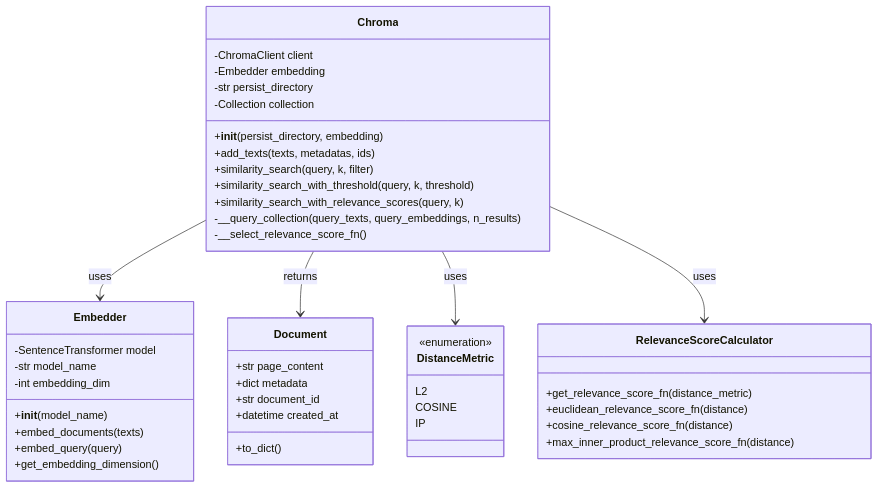
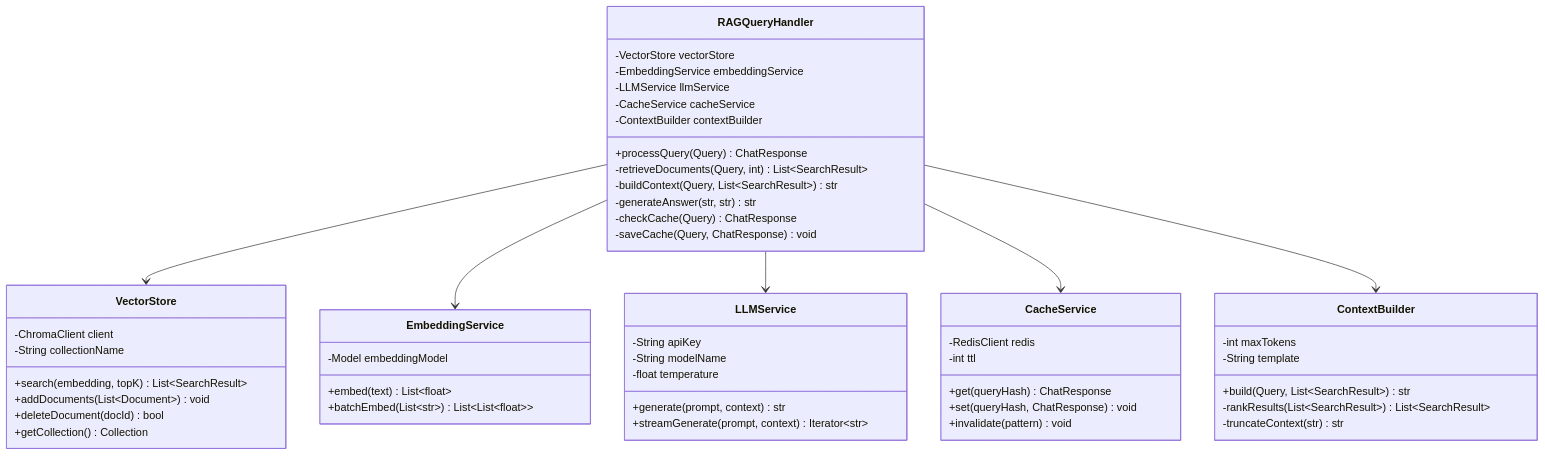
The second of 13 diagrams in README.md (tvanle/Module2-HTTM), drawn with Mermaid before and after one commit. The commit also changed other lines of this file, not shown here.

````diff
--- a/README.md
+++ b/README.md
@@ -231,53 +257,61 @@
 ```mermaid
 classDiagram
-    class Chroma {
-        -ChromaClient client
-        -Embedder embedding
-        -str persist_directory
-        -Collection collection
-        +__init__(persist_directory, embedding)
-        +add_texts(texts, metadatas, ids)
-        +similarity_search(query, k, filter)
-        +similarity_search_with_threshold(query, k, threshold)
-        +similarity_search_with_relevance_scores(query, k)
-        -__query_collection(query_texts, query_embeddings, n_results)
-        -__select_relevance_score_fn()
+    class RAGQueryHandler {
+        -VectorStore vectorStore
+        -EmbeddingService embeddingService
+        -LLMService llmService
+        -CacheService cacheService
+        -ContextBuilder contextBuilder
+        +processQuery(Query) ChatResponse
+        -retrieveDocuments(Query, int) List~SearchResult~
+        -buildContext(Query, List~SearchResult~) str
+        -generateAnswer(str, str) str
+        -checkCache(Query) ChatResponse
+        -saveCache(Query, ChatResponse) void
     }
 
-    class Embedder {
-        -SentenceTransformer model
-        -str model_name
-        -int embedding_dim
-        +__init__(model_name)
-        +embed_documents(texts)
-        +embed_query(query)
-        +get_embedding_dimension()
+    class VectorStore {
+        -ChromaClient client
+        -String collectionName
+        +search(embedding, topK) List~SearchResult~
+        +addDocuments(List~Document~) void
+        +deleteDocument(docId) bool
+        +getCollection() Collection
     }
 
-    class Document {
-        +str page_content
-        +dict metadata
-        +str document_id
-        +datetime created_at
-        +to_dict()
+    class EmbeddingService {
+        -Model embeddingModel
+        +embed(text) List~float~
+        +batchEmbed(List~str~) List~List~float~~
     }
 
-    class DistanceMetric {
-        <<enumeration>>
-        L2
-        COSINE
-        IP
+    class LLMService {
+        -String apiKey
+        -String modelName
+        -float temperature
+        +generate(prompt, context) str
+        +streamGenerate(prompt, context) Iterator~str~
     }
 
-    class RelevanceScoreCalculator {
-        +get_relevance_score_fn(distance_metric)
-        +euclidean_relevance_score_fn(distance)
-        +cosine_relevance_score_fn(distance)
-        +max_inner_product_relevance_score_fn(distance)
+    class ContextBuilder {
+        -int maxTokens
+        -String template
+        +build(Query, List~SearchResult~) str
+        -rankResults(List~SearchResult~) List~SearchResult~
+        -truncateContext(str) str
     }
 
-    Chroma --> Embedder : uses
-    Chroma --> Document : returns
-    Chroma --> DistanceMetric : uses
-    Chroma --> RelevanceScoreCalculator : uses
+    class CacheService {
+        -RedisClient redis
+        -int ttl
+        +get(queryHash) ChatResponse
+        +set(queryHash, ChatResponse) void
+        +invalidate(pattern) void
+    }
+
+    RAGQueryHandler --> VectorStore
+    RAGQueryHandler --> EmbeddingService
+    RAGQueryHandler --> LLMService
+    RAGQueryHandler --> CacheService
+    RAGQueryHandler --> ContextBuilder
 ```
````
